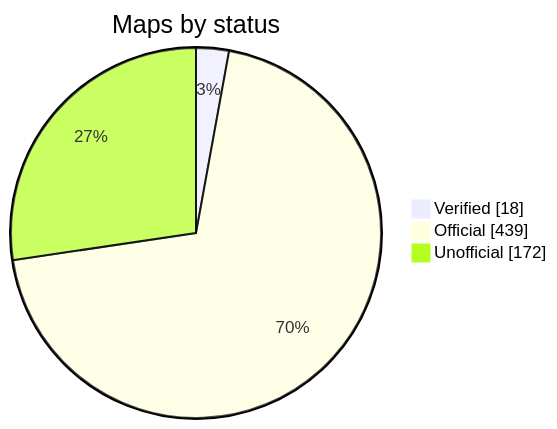
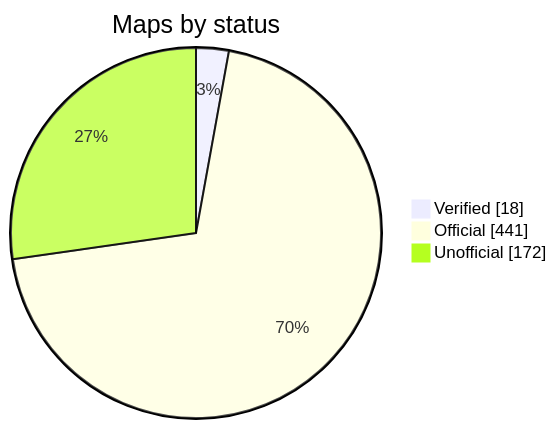
Before and after one commit to nobrega8/mbmap-library: the diagram in README.md, drawn with Mermaid. The commit also changed 7 other files, not shown here.

````diff
--- a/README.md
+++ b/README.md
@@ -52,7 +52,7 @@
 ```mermaid
 pie showData
     title Maps by status
     "Verified" : 18
-    "Official" : 439
+    "Official" : 441
     "Unofficial" : 172
 ```
````
